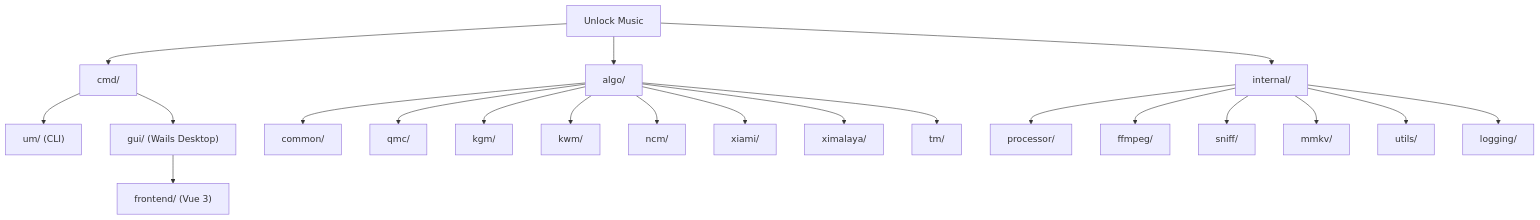
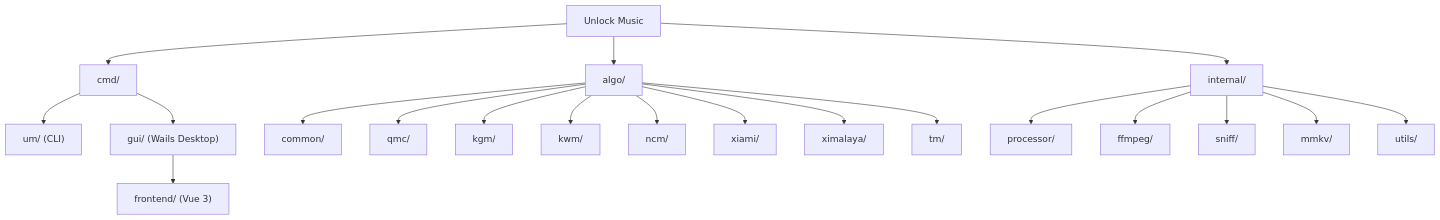
One commit to leafxdd/unlock-music changed the second of 2 diagrams in CLAUDE.md. Above: the diagram before and after it, drawn with Mermaid. The commit also changed other lines of this file and 5 other files, not shown here.

````diff
--- a/CLAUDE.md
+++ b/CLAUDE.md
@@ -40,29 +40,28 @@
 ```mermaid
 graph TD
     ROOT["Unlock Music"] --> ALGO["algo/"]
     ROOT --> INTERNAL["internal/"]
     ROOT --> CMD["cmd/"]
     CMD --> UM["um/ (CLI)"]
     CMD --> GUIMOD["gui/ (Wails Desktop)"]
     GUIMOD --> FRONTEND["frontend/ (Vue 3)"]
     ALGO --> COMMON["common/"]
     ALGO --> QMC2["qmc/"]
     ALGO --> KGM2["kgm/"]
     ALGO --> KWM2["kwm/"]
     ALGO --> NCM2["ncm/"]
     ALGO --> XIAMI2["xiami/"]
     ALGO --> XIMALAYA2["ximalaya/"]
     ALGO --> TM2["tm/"]
     INTERNAL --> PROCESSOR["processor/"]
     INTERNAL --> FFMPEG["ffmpeg/"]
     INTERNAL --> SNIFF2["sniff/"]
     INTERNAL --> MMKV["mmkv/"]
     INTERNAL --> UTILS2["utils/"]
-    INTERNAL --> LOGGING["logging/"]
 
     click ALGO "./algo/CLAUDE.md" "Decryption algorithms"
     click INTERNAL "./internal/CLAUDE.md" "Internal packages"
     click UM "./cmd/um/CLAUDE.md" "CLI entry"
     click GUIMOD "./cmd/gui/CLAUDE.md" "GUI backend"
     click FRONTEND "./cmd/gui/frontend/CLAUDE.md" "Vue 3 frontend"
 ```
````
